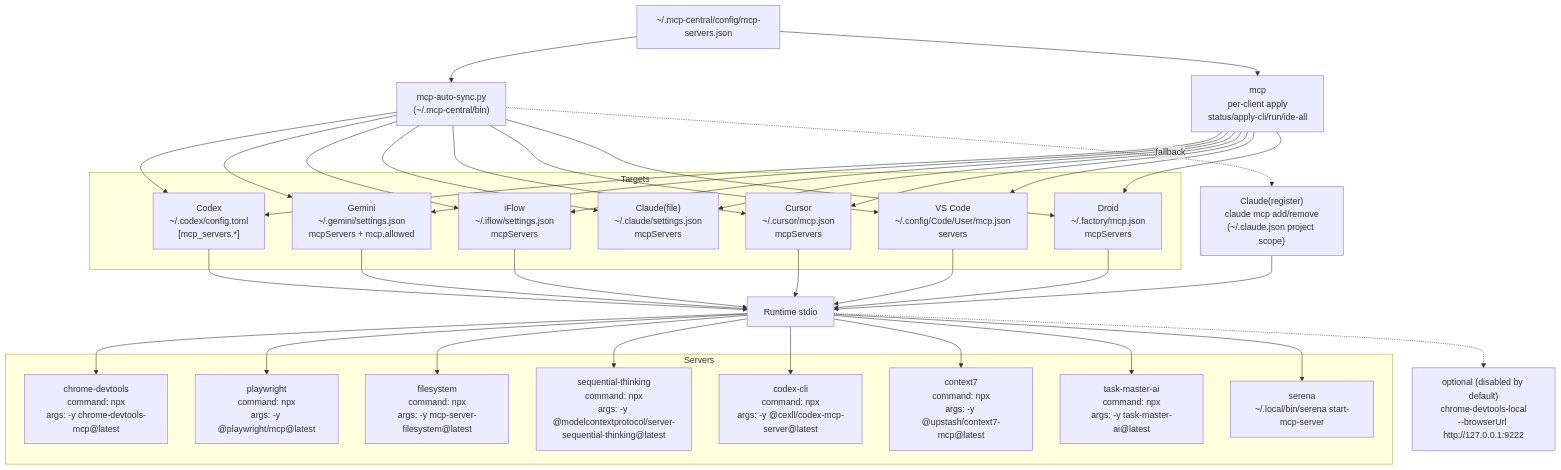
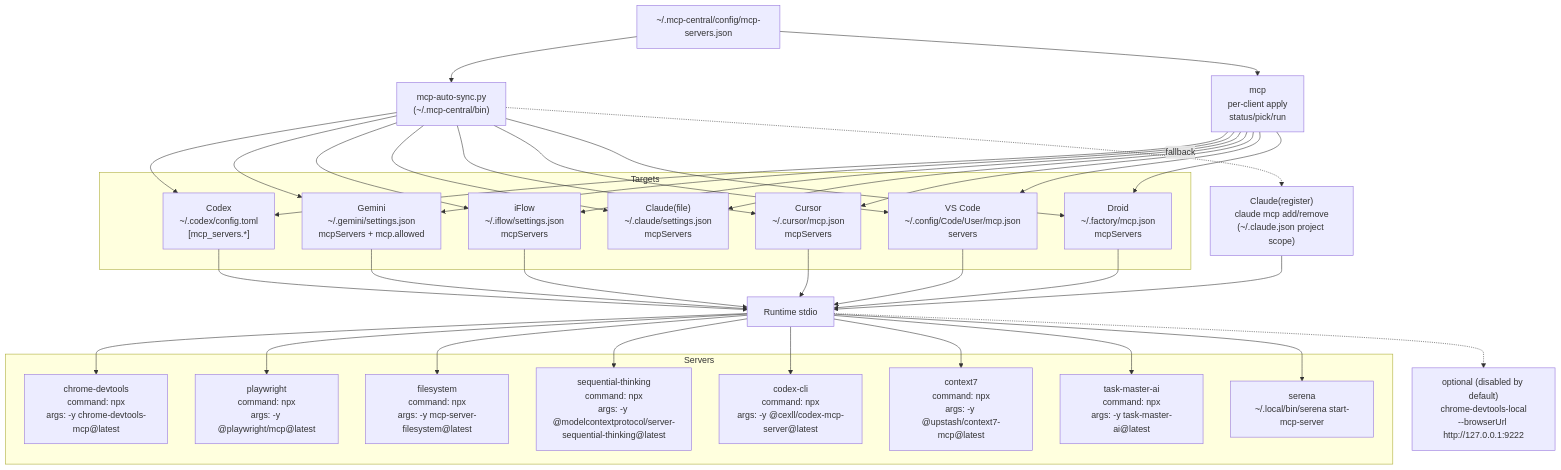
The diagram in docs/mcp-architecture.mmd (czdtech/mcp-local-manager), drawn with Mermaid before and after one commit. The commit also changed 9 other files, not shown here.

```diff
--- a/docs/mcp-architecture.mmd
+++ b/docs/mcp-architecture.mmd
@@ -1,63 +1,63 @@
 flowchart TD
   CENTRAL["~/.mcp-central/config/mcp-servers.json"] --> SYNC["mcp-auto-sync.py<br/>(~/.mcp-central/bin)"]
-  CENTRAL --> MCP["mcp<br/>per-client apply<br/>status/apply-cli/run/ide-all"]
+  CENTRAL --> MCP["mcp<br/>per-client apply<br/>status/pick/run"]
 
   subgraph Targets
     CODEX["Codex<br/>~/.codex/config.toml<br/>[mcp_servers.*]"]
     GEMINI["Gemini<br/>~/.gemini/settings.json<br/>mcpServers + mcp.allowed"]
     IFLOW["iFlow<br/>~/.iflow/settings.json<br/>mcpServers"]
     CLAUDE_FILE["Claude(file)<br/>~/.claude/settings.json<br/>mcpServers"]
     CURSOR["Cursor<br/>~/.cursor/mcp.json<br/>mcpServers"]
     VSCODE["VS Code<br/>~/.config/Code/User/mcp.json<br/>servers"]
     DROID["Droid<br/>~/.factory/mcp.json<br/>mcpServers"]
   end
 
   SYNC --> CODEX
   SYNC --> GEMINI
   SYNC --> IFLOW
   SYNC --> CLAUDE_FILE
   SYNC --> CURSOR
   SYNC --> VSCODE
   SYNC --> DROID
   MCP --> CODEX
   MCP --> GEMINI
   MCP --> IFLOW
   MCP --> CLAUDE_FILE
   MCP --> CURSOR
   MCP --> VSCODE
   MCP --> DROID
 
   CLAUDE_REG["Claude(register)<br/>claude mcp add/remove<br/>(~/.claude.json project scope)"]
   SYNC -. fallback .-> CLAUDE_REG
 
   RUNTIME[Runtime stdio]
   CODEX --> RUNTIME
   GEMINI --> RUNTIME
   IFLOW --> RUNTIME
   CLAUDE_REG --> RUNTIME
   CURSOR --> RUNTIME
   VSCODE --> RUNTIME
   DROID --> RUNTIME
 
   subgraph Servers
     CDT["chrome-devtools<br/>command: npx<br/>args: -y chrome-devtools-mcp@latest"]
     PW["playwright<br/>command: npx<br/>args: -y @playwright/mcp@latest"]
     FS["filesystem<br/>command: npx<br/>args: -y mcp-server-filesystem@latest"]
     ST["sequential-thinking<br/>command: npx<br/>args: -y @modelcontextprotocol/server-sequential-thinking@latest"]
     CMC["codex-cli<br/>command: npx<br/>args: -y @cexll/codex-mcp-server@latest"]
     CTX7["context7<br/>command: npx<br/>args: -y @upstash/context7-mcp@latest"]
     TMA["task-master-ai<br/>command: npx<br/>args: -y task-master-ai@latest"]
     SERENA["serena<br/>~/.local/bin/serena start-mcp-server"]
   end
 
   RUNTIME --> CDT
   RUNTIME --> PW
   RUNTIME --> FS
   RUNTIME --> ST
   RUNTIME --> CMC
   RUNTIME --> CTX7
   RUNTIME --> TMA
   RUNTIME --> SERENA
 
   CDT_LOCAL["optional (disabled by default)<br/>chrome-devtools-local<br/>--browserUrl http://127.0.0.1:9222"]
   RUNTIME -.-> CDT_LOCAL
```
